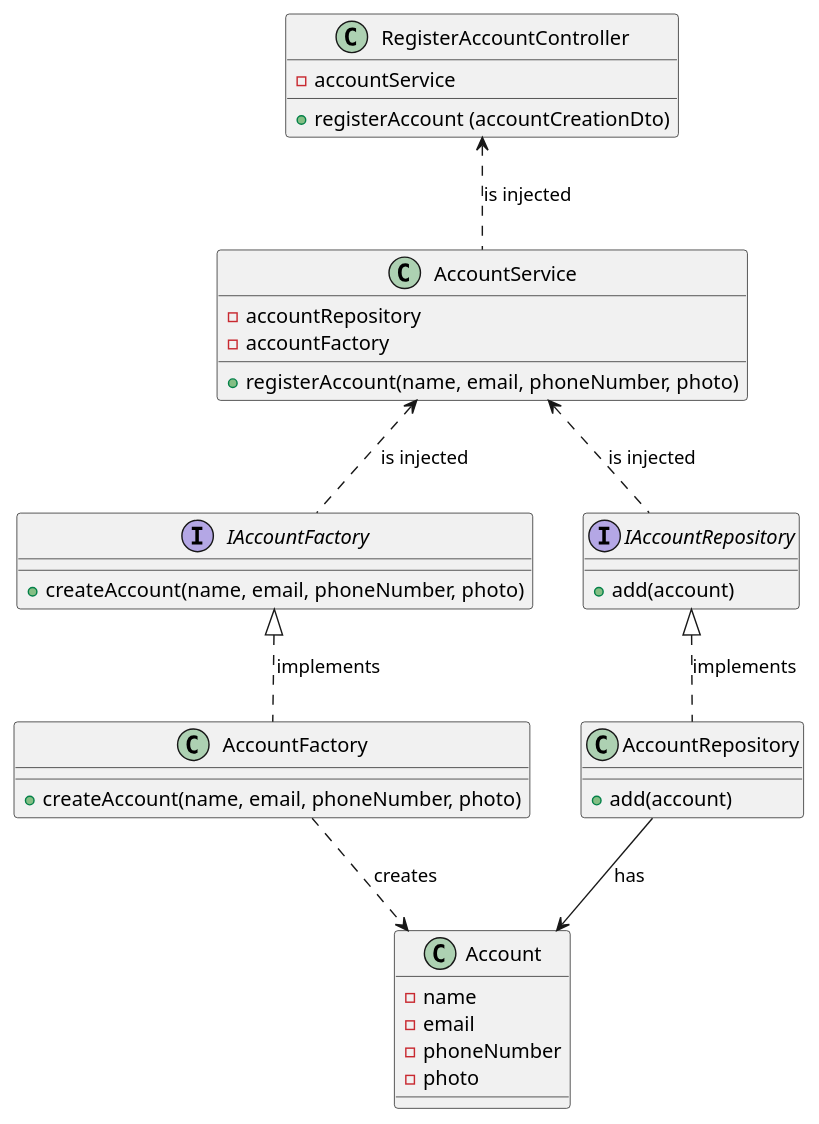
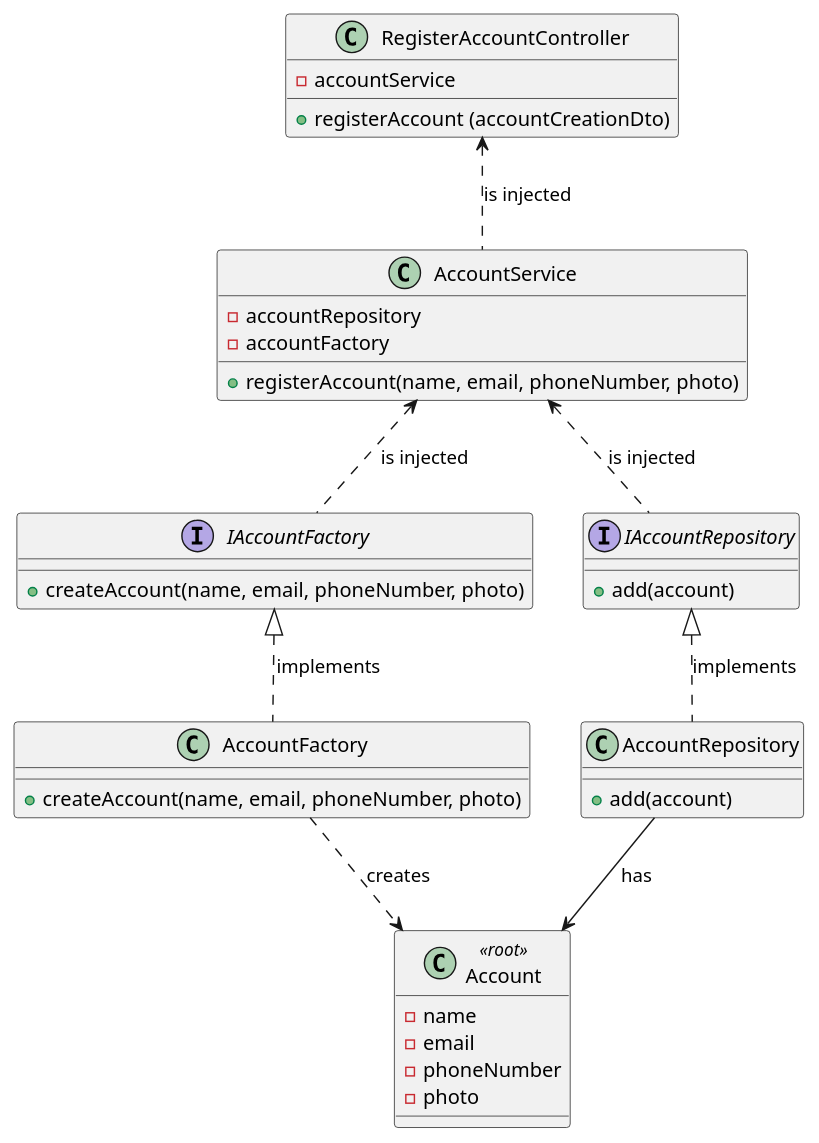
One commit to Loracline/project_switch_22-23 changed the diagram in docs/modelling_design/user_stories/sprint01/us002/US002_classDiagram.puml. Above: the diagram before and after it, drawn with PlantUML. The commit also changed 8 other files, not shown here.

Commit message:
US05-06:design: update sequence diagram and class diagram. correction to US002 class diagram , closes #371

```diff
--- a/docs/modelling_design/user_stories/sprint01/us002/US002_classDiagram.puml
+++ b/docs/modelling_design/user_stories/sprint01/us002/US002_classDiagram.puml
@@ -1,46 +1,46 @@
 @startuml
 
 class RegisterAccountController {
 - accountService
 + registerAccount (accountCreationDto)
 }
 
 class AccountService{
 - accountRepository
 - accountFactory
 + registerAccount(name, email, phoneNumber, photo)
 }
 
 interface IAccountFactory{
 + createAccount(name, email, phoneNumber, photo)
 }
 
 class AccountFactory{
 + createAccount(name, email, phoneNumber, photo)
 }
 
 interface IAccountRepository{
 + add(account)
 }
 
 class AccountRepository{
 + add(account)
 }
 
-class Account{
+class Account<<root>>{
 - name
 - email
 -phoneNumber
 -photo
 }
 
 RegisterAccountController <.. AccountService: is injected
 AccountService <.. IAccountRepository: is injected
 AccountService <.. IAccountFactory: is injected
 IAccountFactory <|.. AccountFactory: implements
 AccountFactory ..> Account: creates
 IAccountRepository <|.. AccountRepository: implements
 AccountRepository --> Account: has
 
 
 @enduml
```
